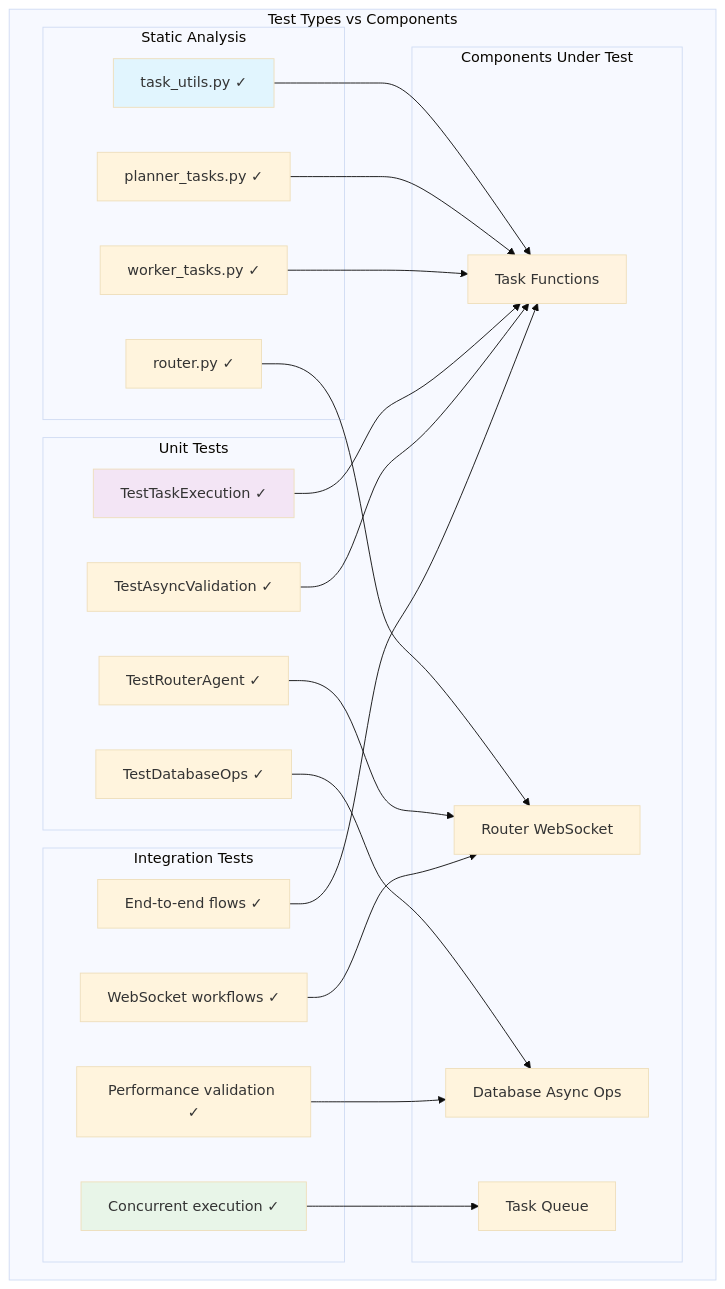
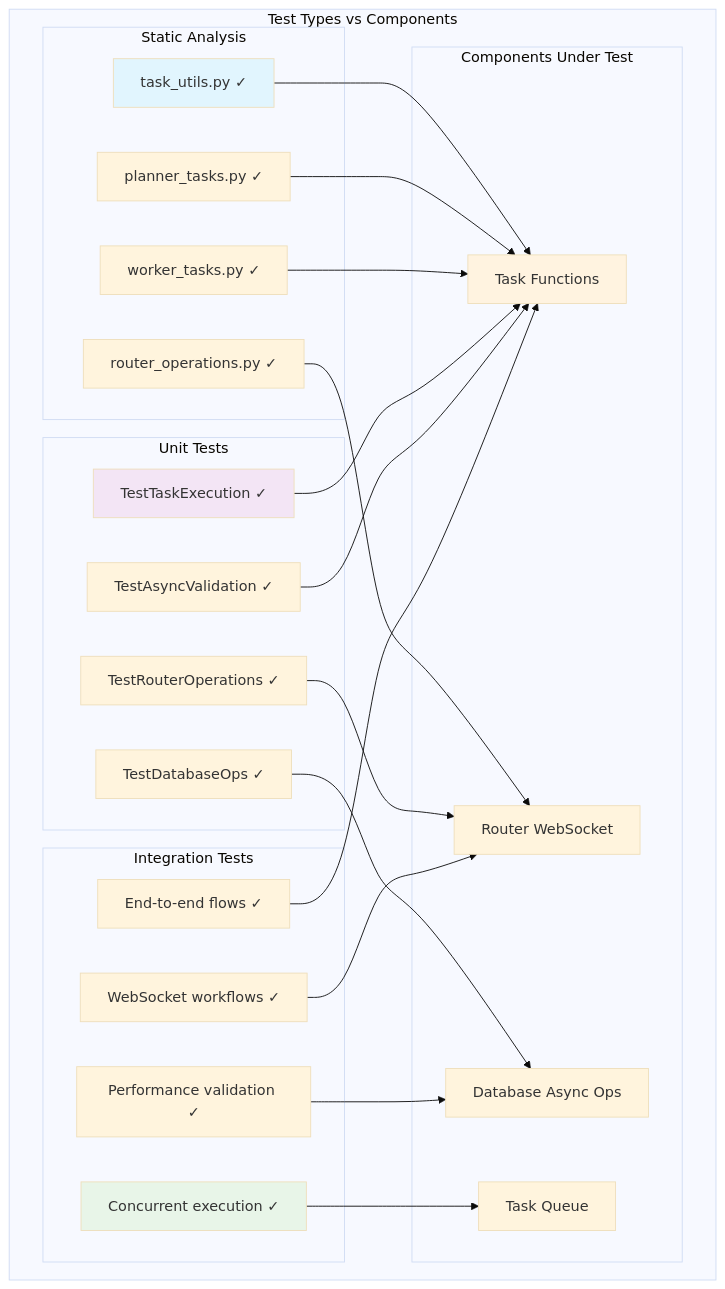
One commit to bryan-zxc/agent changed the tenth of 12 diagrams in ARCHITECTURE.md. Above: the diagram before and after it, drawn with Mermaid (base theme). The commit also changed other lines of this file and 62 other files, not shown here.

Commit message:
complete testing including router agent to function restructure

````diff
--- a/ARCHITECTURE.md
+++ b/ARCHITECTURE.md
@@ -589,52 +589,52 @@
 ```mermaid
 graph TD
     subgraph "Test Types vs Components"
         subgraph "Static Analysis"
             SA_T[task_utils.py ✓]
             SA_P[planner_tasks.py ✓]
             SA_W[worker_tasks.py ✓]
-            SA_R[router.py ✓]
+            SA_R[router_operations.py ✓]
         end
         
         subgraph "Unit Tests"
             UT_T[TestTaskExecution ✓]
             UT_A[TestAsyncValidation ✓]
             UT_D[TestDatabaseOps ✓]
-            UT_R[TestRouterAgent ✓]
+            UT_R[TestRouterOperations ✓]
         end
         
         subgraph "Integration Tests"
             IT_C[Concurrent execution ✓]
             IT_E[End-to-end flows ✓]
             IT_P[Performance validation ✓]
             IT_W[WebSocket workflows ✓]
         end
         
         subgraph "Components Under Test"
             COMP_T[Task Functions]
             COMP_D[Database Async Ops]
             COMP_R[Router WebSocket]
             COMP_Q[Task Queue]
         end
     end
     
     SA_T --> COMP_T
     SA_P --> COMP_T
     SA_W --> COMP_T
     SA_R --> COMP_R
     
     UT_T --> COMP_T
     UT_A --> COMP_T
     UT_D --> COMP_D
     UT_R --> COMP_R
     
     IT_C --> COMP_Q
     IT_E --> COMP_T
     IT_P --> COMP_D
     IT_W --> COMP_R
     
     style SA_T fill:#e1f5fe
     style UT_T fill:#f3e5f5
     style IT_C fill:#e8f5e8
     style COMP_T fill:#fff3e0
 ```
````
